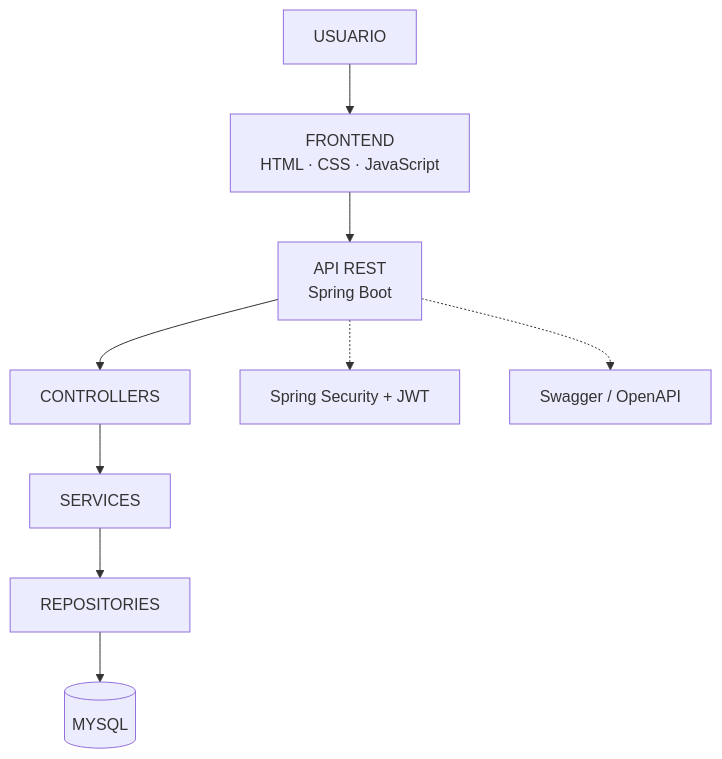
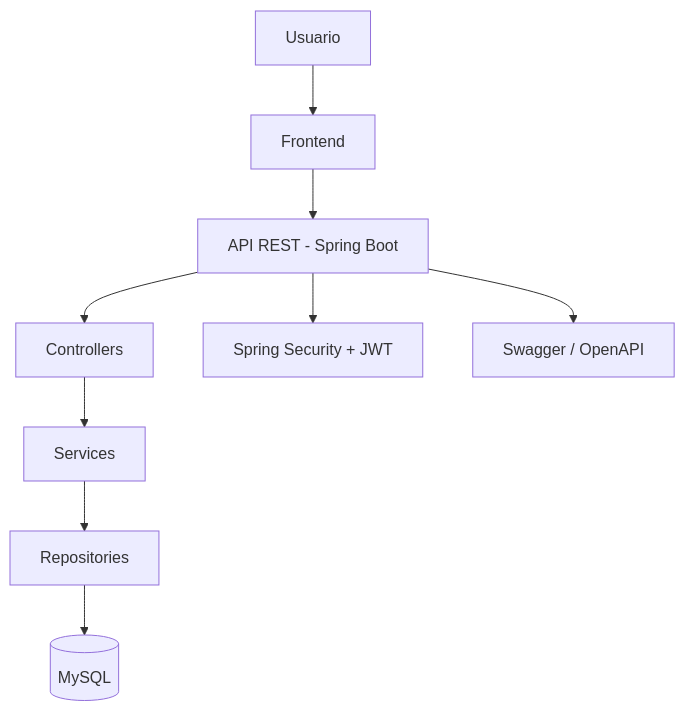
The diagram in README.md (whoissarisss/LogiTrackBySaris), drawn with Mermaid before and after one commit. The commit also changed other lines of this file, not shown here.

````diff
--- a/README.md
+++ b/README.md
@@ -243,23 +145,12 @@
 ```mermaid
-flowchart TB
-    U[USUARIO]
-    FE[FRONTEND<br/>HTML · CSS · JavaScript]
-    API[API REST<br/>Spring Boot]
-    CT[CONTROLLERS]
-    SV[SERVICES]
-    RP[REPOSITORIES]
-    DB[(MYSQL)]
-    
-    U --> FE
-    FE --> API
-    API --> CT
-    CT --> SV
-    SV --> RP
-    RP --> DB
-    
-    SEC[Spring Security + JWT]
-    DOC[Swagger / OpenAPI]
-    
-    API -.-> SEC
-    API -.-> DOC
+flowchart TD
+    A[Usuario] --> B[Frontend]
+    B --> C[API REST - Spring Boot]
+    C --> D[Controllers]
+    D --> E[Services]
+    E --> F[Repositories]
+    F --> G[(MySQL)]
+
+    C --> H[Spring Security + JWT]
+    C --> I[Swagger / OpenAPI]
 ```
````
